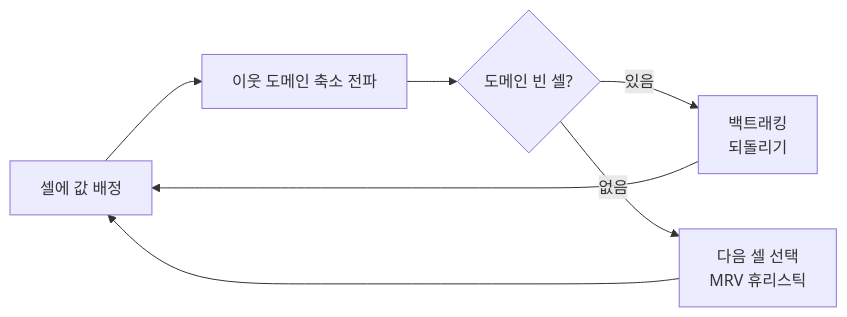
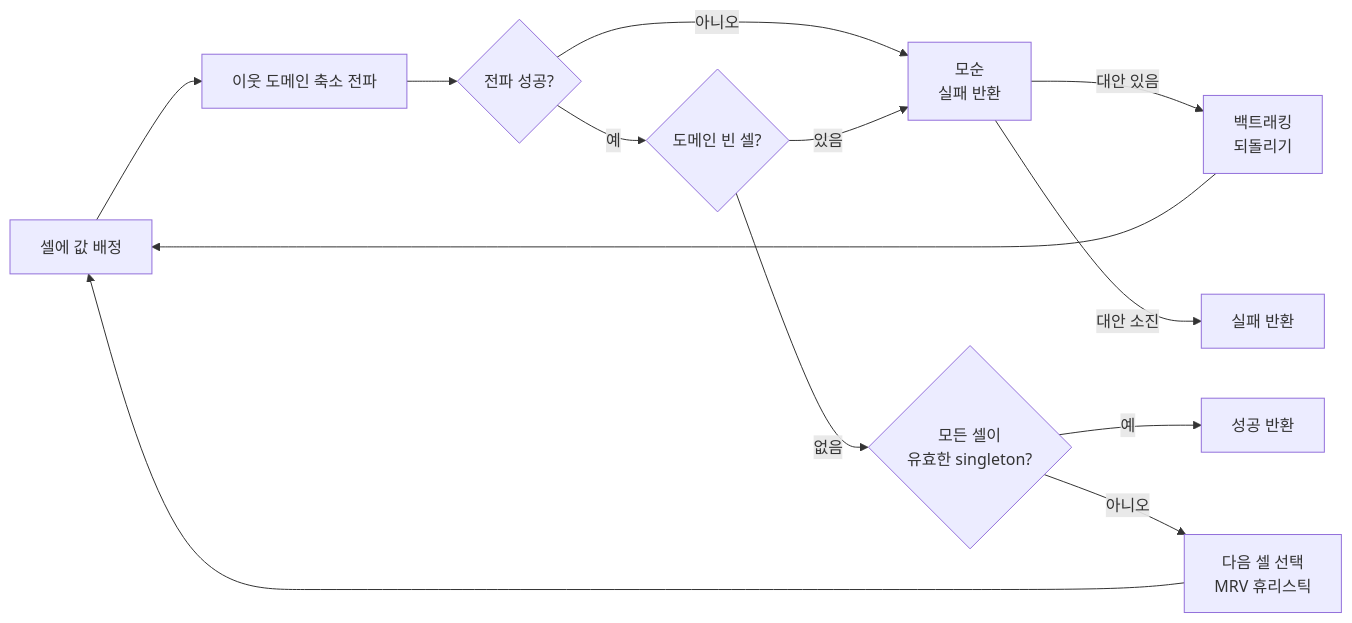
One commit to Rein-ArXiv/game-dev-curriculum changed the third of 5 diagrams in tools/part03_procedural.md. Above: the diagram before and after it, drawn with Mermaid. The commit also changed other lines of this file and 279 other files, not shown here.

````diff
--- a/tools/part03_procedural.md
+++ b/tools/part03_procedural.md
@@ -346,9 +366,15 @@
 ```mermaid
 flowchart LR
     Assign[셀에 값 배정] --> Prop[이웃 도메인 축소 전파]
-    Prop --> Check{도메인 빈 셀?}
-    Check -->|있음| Back[백트래킹<br/>되돌리기]
-    Check -->|없음| Next[다음 셀 선택<br/>MRV 휴리스틱]
+    Prop --> PropOK{전파 성공?}
+    PropOK -->|아니오| Contradiction[모순<br/>실패 반환]
+    PropOK -->|예| Check{도메인 빈 셀?}
+    Check -->|있음| Contradiction
+    Check -->|없음| Done{모든 셀이<br/>유효한 singleton?}
+    Done -->|예| Success[성공 반환]
+    Done -->|아니오| Next[다음 셀 선택<br/>MRV 휴리스틱]
     Next --> Assign
+    Contradiction -->|대안 있음| Back[백트래킹<br/>되돌리기]
     Back --> Assign
+    Contradiction -->|대안 소진| Fail[실패 반환]
 ```
````
